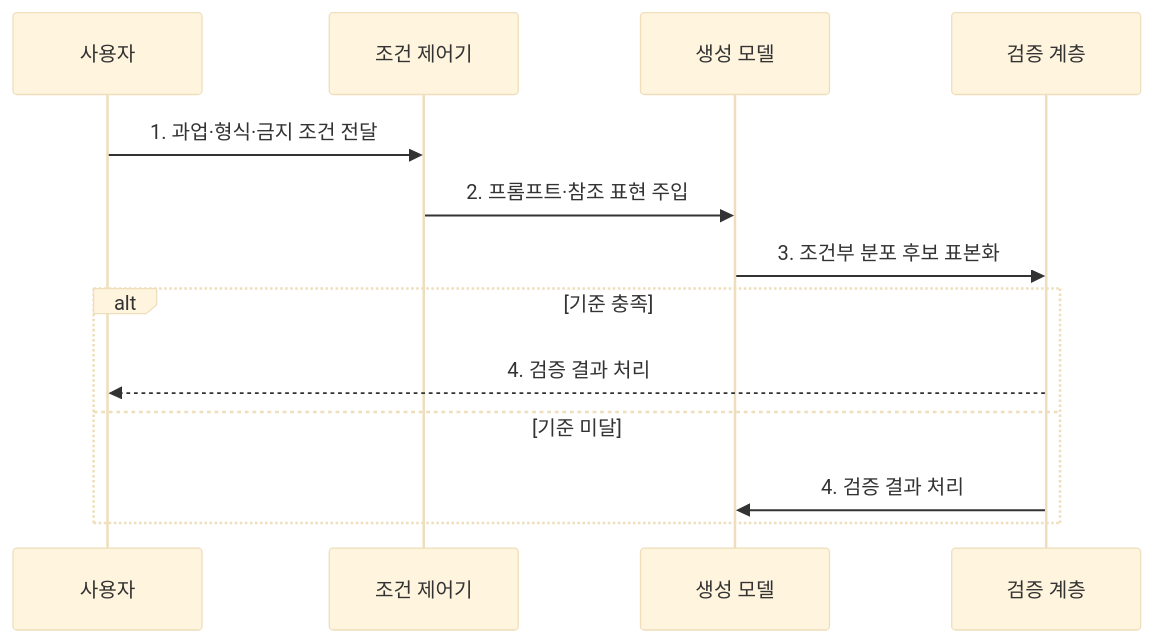
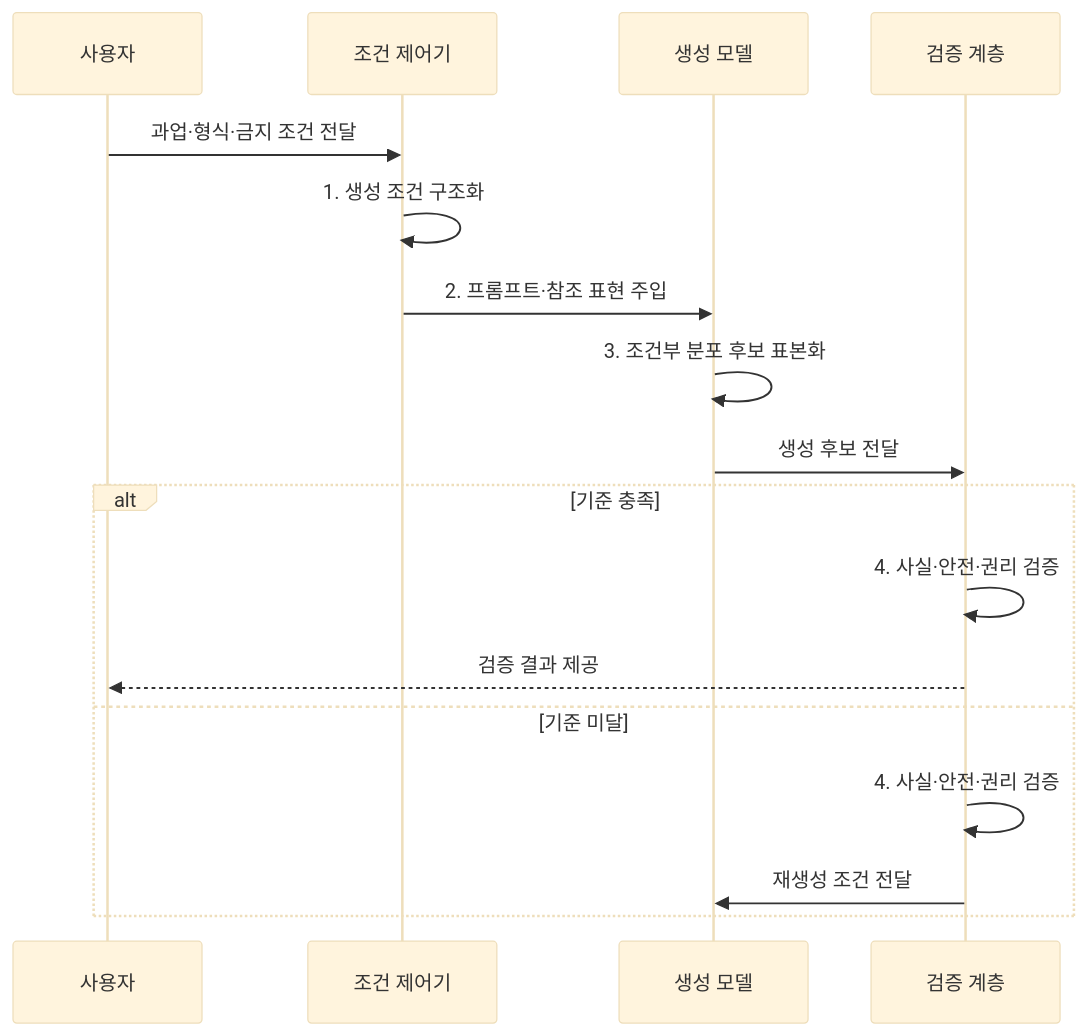
The second of 2 diagrams in src/content/docs/notes/08-latest-tech/025_generative_ai.md (agnusdei1207/knowledge-base), drawn with Mermaid (base theme) before and after one commit. The commit also changed other lines of this file and 225 other files, not shown here.

````diff
--- a/src/content/docs/notes/08-latest-tech/025_generative_ai.md
+++ b/src/content/docs/notes/08-latest-tech/025_generative_ai.md
@@ -77,15 +80,19 @@
 ```mermaid
 sequenceDiagram
     participant U as 사용자
     participant C as 조건 제어기
     participant M as 생성 모델
     participant V as 검증 계층
-    U->>C: 1. 과업·형식·금지 조건 전달
+    U->>C: 과업·형식·금지 조건 전달
+    C->>C: 1. 생성 조건 구조화
     C->>M: 2. 프롬프트·참조 표현 주입
-    M->>V: 3. 조건부 분포 후보 표본화
+    M->>M: 3. 조건부 분포 후보 표본화
+    M->>V: 생성 후보 전달
     alt 기준 충족
-        V-->>U: 4. 검증 결과 처리
+        V->>V: 4. 사실·안전·권리 검증
+        V-->>U: 검증 결과 제공
     else 기준 미달
-        V->>M: 4. 검증 결과 처리
+        V->>V: 4. 사실·안전·권리 검증
+        V->>M: 재생성 조건 전달
     end
 ```
````
